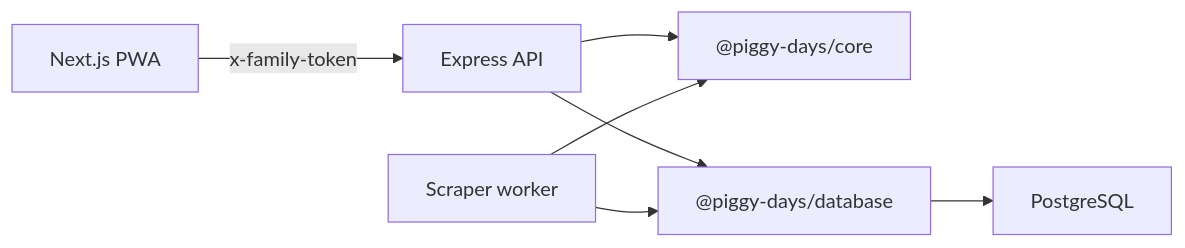
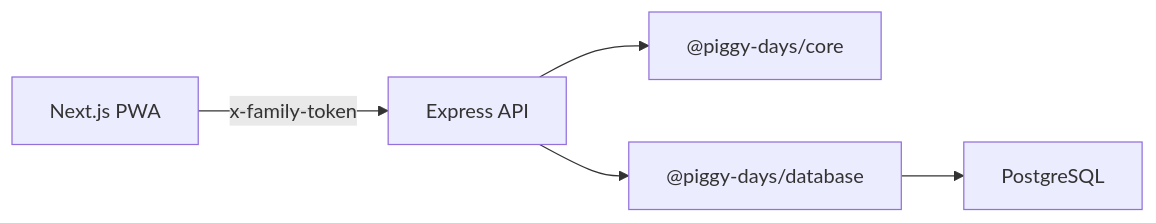
The first of 2 diagrams in docs/ARCHITECTURE.md (HAIXIN-ZHANG/piggy-days), drawn with Mermaid before and after one commit. The commit also changed other lines of this file and 22 other files, not shown here.

````diff
--- a/docs/ARCHITECTURE.md
+++ b/docs/ARCHITECTURE.md
@@ -101,9 +203,7 @@
 ```mermaid
 flowchart LR
   Web["Next.js PWA"] -->|"x-family-token"| API["Express API"]
   API --> Core["@piggy-days/core"]
   API --> DB["@piggy-days/database"]
   DB --> Postgres["PostgreSQL"]
-  Scraper["Scraper worker"] --> Core
-  Scraper --> DB
 ```
````
